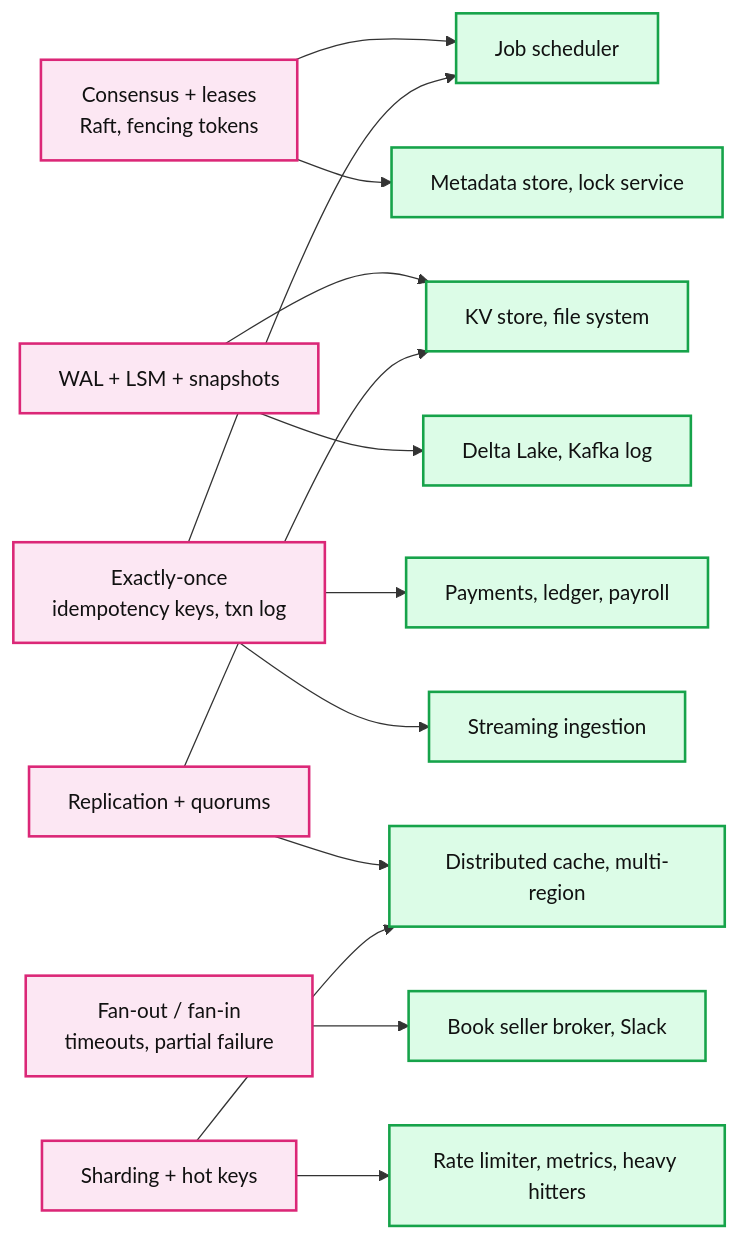
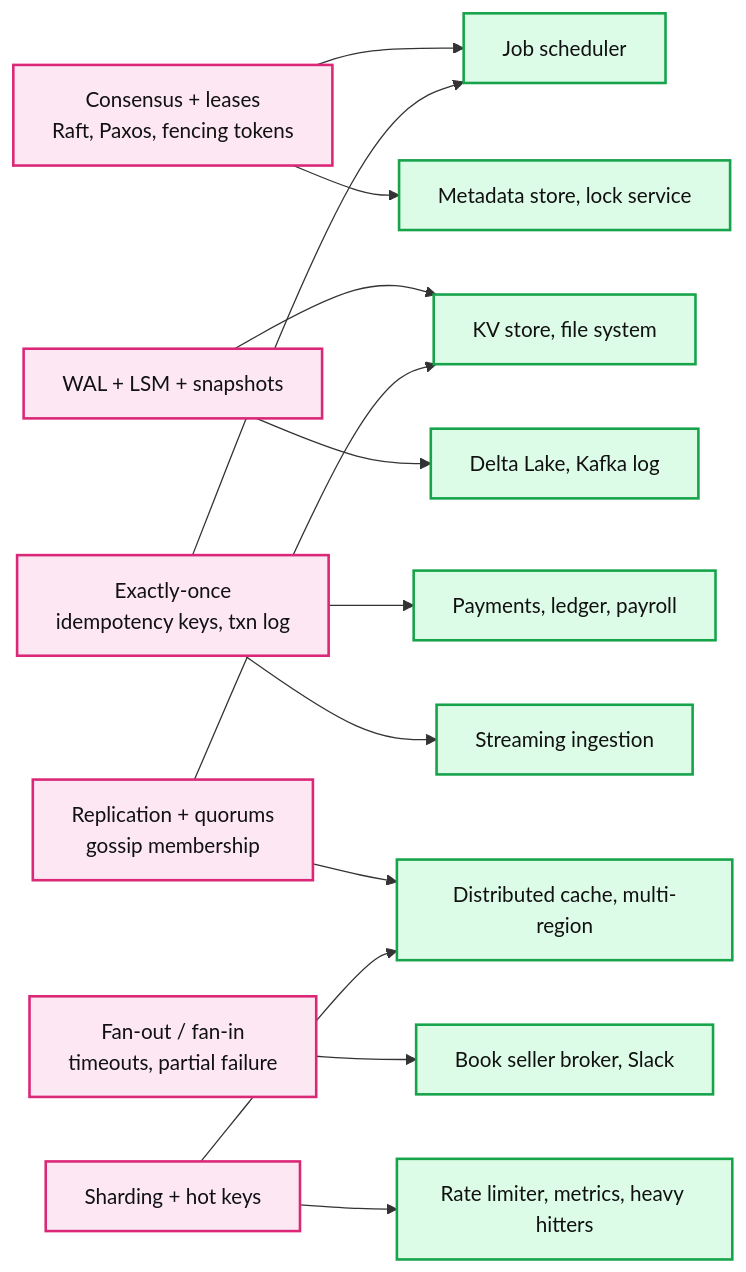
Before and after one commit to vicky22291/VinayPractise: the first of 2 diagrams in hld/README.md, drawn with Mermaid. The commit also changed other lines of this file and 52 other files, not shown here.

First line of the commit message:
Add consensus and gossip concept notes, index them in hld/README

````diff
--- a/hld/README.md
+++ b/hld/README.md
@@ -15,22 +15,22 @@
 ```mermaid
 %% Which building blocks unlock which problem groups
 flowchart LR
-    C1[Consensus + leases<br/>Raft, fencing tokens] --> P1[Job scheduler]
+    C1[Consensus + leases<br/>Raft, Paxos, fencing tokens] --> P1[Job scheduler]
     C1 --> P2[Metadata store, lock service]
     C2[WAL + LSM + snapshots] --> P3[KV store, file system]
     C2 --> P4[Delta Lake, Kafka log]
     C3[Exactly-once<br/>idempotency keys, txn log] --> P1
     C3 --> P5[Payments, ledger, payroll]
     C3 --> P6[Streaming ingestion]
-    C4[Replication + quorums] --> P3
+    C4[Replication + quorums<br/>gossip membership] --> P3
     C4 --> P7[Distributed cache, multi-region]
     C5[Fan-out / fan-in<br/>timeouts, partial failure] --> P8[Book seller broker, Slack]
     C6[Sharding + hot keys] --> P7
     C6 --> P9[Rate limiter, metrics, heavy hitters]
 
     class C1,C2,C3,C4,C5,C6 decision
     class P1,P2,P3,P4,P5,P6,P7,P8,P9 service
 
     classDef service  fill:#dcfce7,stroke:#16a34a,stroke-width:2px,color:#111
     classDef decision fill:#fce7f3,stroke:#db2777,stroke-width:2px,color:#111
 ```
````
